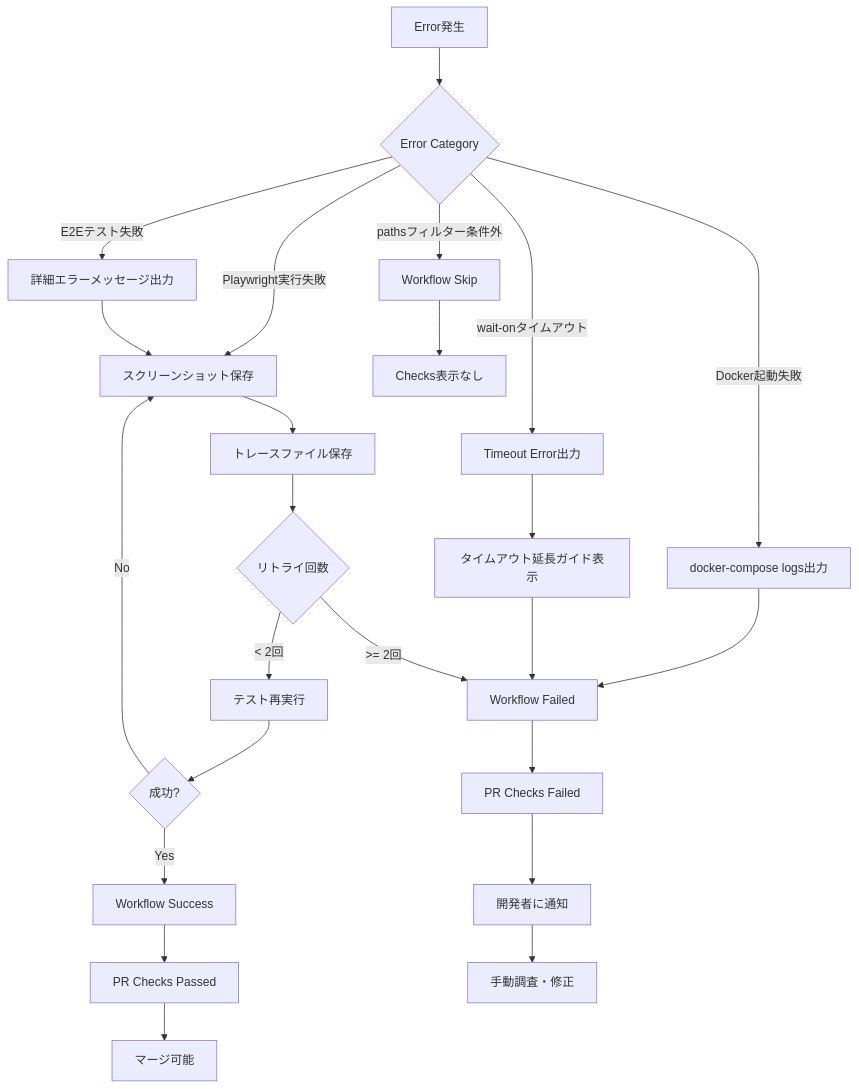
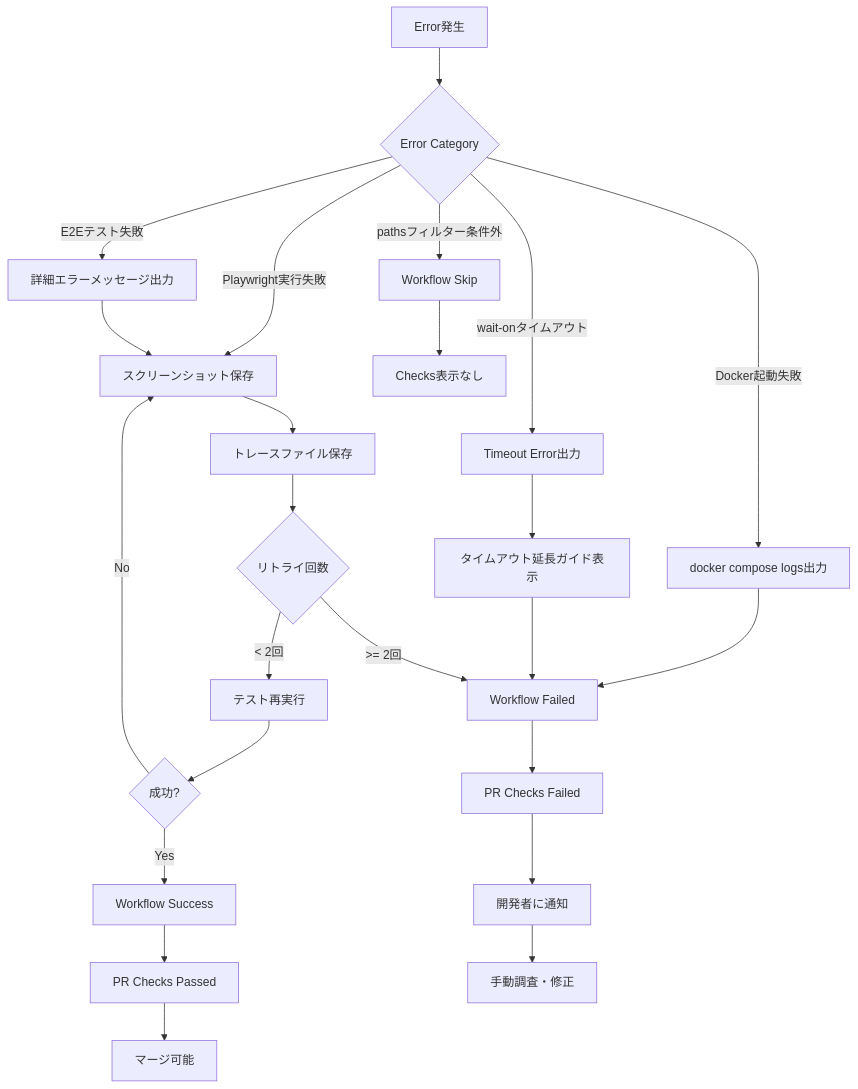
The fourth of 4 diagrams in .kiro/specs/e2e-cicd-execution-verification/design.md (ef-tech/laravel-next-b2c), drawn with Mermaid before and after one commit. The commit also changed other lines of this file and 12 other files, not shown here.

First line of the commit message:
Docs: 📝 docker-compose → docker compose 表記統一（Docker Compose V2対応）

````diff
--- a/.kiro/specs/e2e-cicd-execution-verification/design.md
+++ b/.kiro/specs/e2e-cicd-execution-verification/design.md
@@ -684,33 +684,33 @@
 ```mermaid
 flowchart TD
     A[Error発生] --> B{Error Category}
 
-    B -->|Docker起動失敗| C[docker-compose logs出力]
+    B -->|Docker起動失敗| C[docker compose logs出力]
     C --> D[Workflow Failed]
     D --> E[PR Checks Failed]
     E --> F[開発者に通知]
 
     B -->|wait-onタイムアウト| G[Timeout Error出力]
     G --> H[タイムアウト延長ガイド表示]
     H --> D
 
     B -->|Playwright実行失敗| I[スクリーンショット保存]
     I --> J[トレースファイル保存]
     J --> K{リトライ回数}
     K -->|< 2回| L[テスト再実行]
     K -->|>= 2回| D
     L --> M{成功?}
     M -->|Yes| N[Workflow Success]
     M -->|No| I
 
     B -->|E2Eテスト失敗| O[詳細エラーメッセージ出力]
     O --> I
 
     B -->|pathsフィルター条件外| P[Workflow Skip]
     P --> Q[Checks表示なし]
 
     N --> R[PR Checks Passed]
     R --> S[マージ可能]
 
     F --> T[手動調査・修正]
 ```
````
